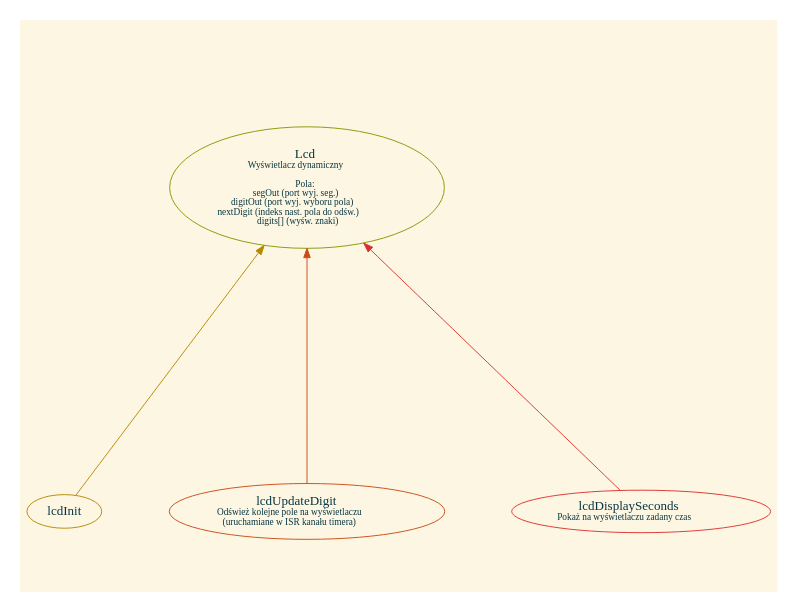
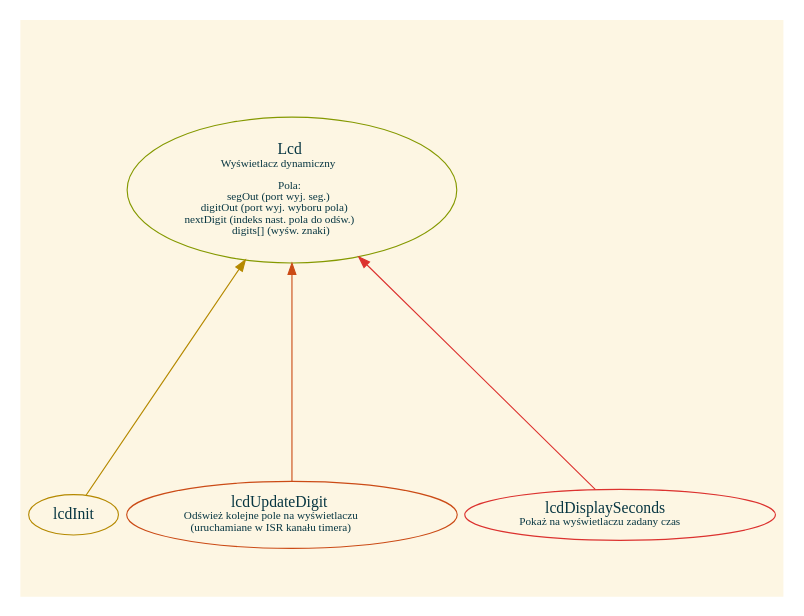
The diagram in z4/assets/g_lcd.dot (dgruszcz/pw-eiti-tm), drawn with Graphviz before and after one commit. The commit also changed 9 other files, not shown here.

```diff
--- a/z4/assets/g_lcd.dot
+++ b/z4/assets/g_lcd.dot
@@ -1,22 +1,22 @@
 digraph {
     ratio="fill";
     size="4,3!";
-    graph [pad="0.1", nodesep="1", bgcolor="#fdf6e3"]
+    graph [pad="0.1", nodesep="0.1", bgcolor="#fdf6e3"]
     node [color="#002b36", fontcolor="#073642"]
     edge [fontsize="10"]
     
     {
         rank="source";
         Lcd [label=<Lcd<BR /><FONT POINT-SIZE="10">Wyświetlacz dynamiczny<BR /><BR />Pola:<BR />segOut (port wyj. seg.)<BR />digitOut (port wyj. wyboru pola)<BR />nextDigit (indeks nast. pola do odśw.)<BR />digits[] (wyśw. znaki)</FONT>> color="#859900"]
     }
     
     {
         lcdInit [color="#b58900"]
         lcdUpdateDigit [label=<lcdUpdateDigit<BR /><FONT POINT-SIZE="10">Odśwież kolejne pole na wyświetlaczu<BR />(uruchamiane w ISR kanału timera)</FONT>>, color="#cb4b16"]
         lcdDisplaySeconds [label=<lcdDisplaySeconds<BR /><FONT POINT-SIZE="10">Pokaż na wyświetlaczu zadany czas</FONT>>, color="#dc322f"]
     }
     
     lcdInit -> Lcd [color="#b58900"]
     lcdUpdateDigit -> Lcd [color="#cb4b16"]
     lcdDisplaySeconds -> Lcd [color="#dc322f"]
 }
```
